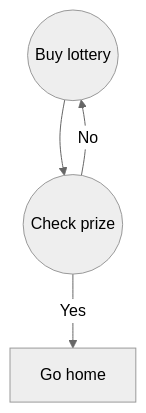
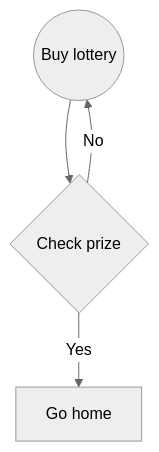
Before and after one commit to LangGraph-GUI/LangGraph-learn: the diagram in 04 State Graph/README.md, drawn with Mermaid (neutral theme).

````diff
--- a/04 State Graph/README.md
+++ b/04 State Graph/README.md
@@ -16,7 +16,7 @@
 ```mermaid
 graph TD;
-    A((Buy lottery)) --> C((Check prize));
+    A((Buy lottery)) --> C{Check prize};
     C -- Yes --> D[Go home];
     C -- No --> A;
 
 ```
````
